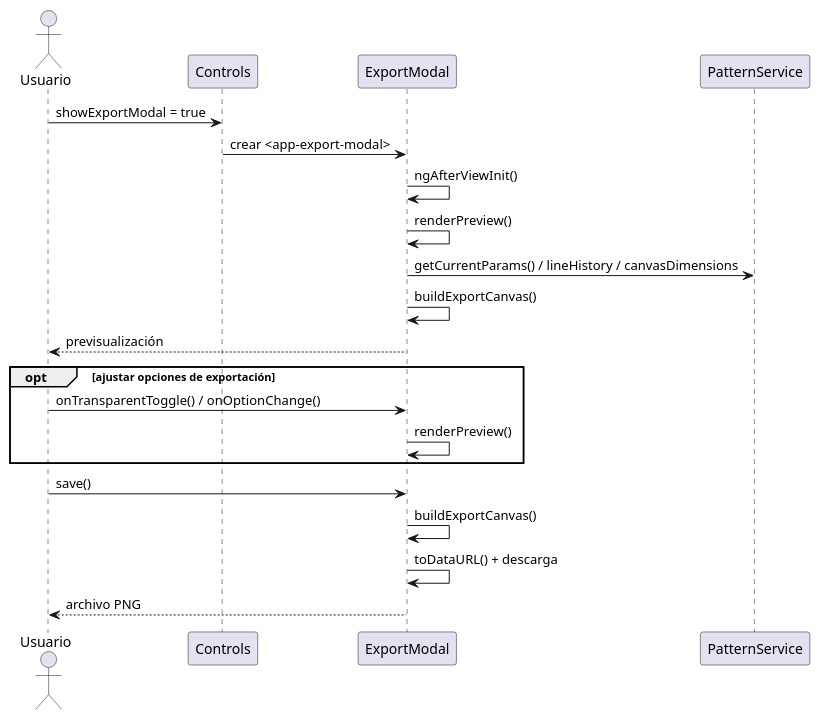
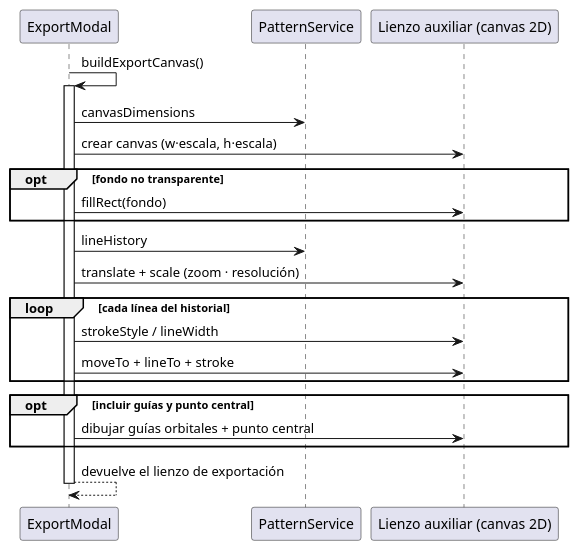
The third of 4 diagrams in claude/memoria-cap5-diseno.md (IgnacioMol/Epicycloid_generator), drawn with PlantUML before and after one commit. The commit also changed other lines of this file and 4 other files, not shown here.

````diff
--- a/claude/memoria-cap5-diseno.md
+++ b/claude/memoria-cap5-diseno.md
@@ -168,26 +188,31 @@
 ```plantuml
-@startuml SecExportarImagenDiseno
-actor Usuario
-participant "Controls" as C
+@startuml SecFuncBuildExportCanvas
 participant "ExportModal" as EM
 participant "PatternService" as PS
+participant "Lienzo auxiliar (canvas 2D)" as CX
 
-Usuario -> C : showExportModal = true
-C -> EM : crear <app-export-modal>
-EM -> EM : ngAfterViewInit()
-EM -> EM : renderPreview()
-EM -> PS : getCurrentParams() / lineHistory / canvasDimensions
 EM -> EM : buildExportCanvas()
-EM --> Usuario : previsualización
+activate EM
 
-opt ajustar opciones de exportación
-  Usuario -> EM : onTransparentToggle() / onOptionChange()
-  EM -> EM : renderPreview()
+EM -> PS : canvasDimensions
+EM -> CX : crear canvas (w·escala, h·escala)
+
+opt fondo no transparente
+  EM -> CX : fillRect(fondo)
 end
 
-Usuario -> EM : save()
-EM -> EM : buildExportCanvas()
-EM -> EM : toDataURL() + descarga
-EM --> Usuario : archivo PNG
+EM -> PS : lineHistory
+EM -> CX : translate + scale (zoom · resolución)
+loop cada línea del historial
+  EM -> CX : strokeStyle / lineWidth
+  EM -> CX : moveTo + lineTo + stroke
+end
+
+opt incluir guías y punto central
+  EM -> CX : dibujar guías orbitales + punto central
+end
+
+EM --> EM : devuelve el lienzo de exportación
+deactivate EM
 @enduml
 ```
````
